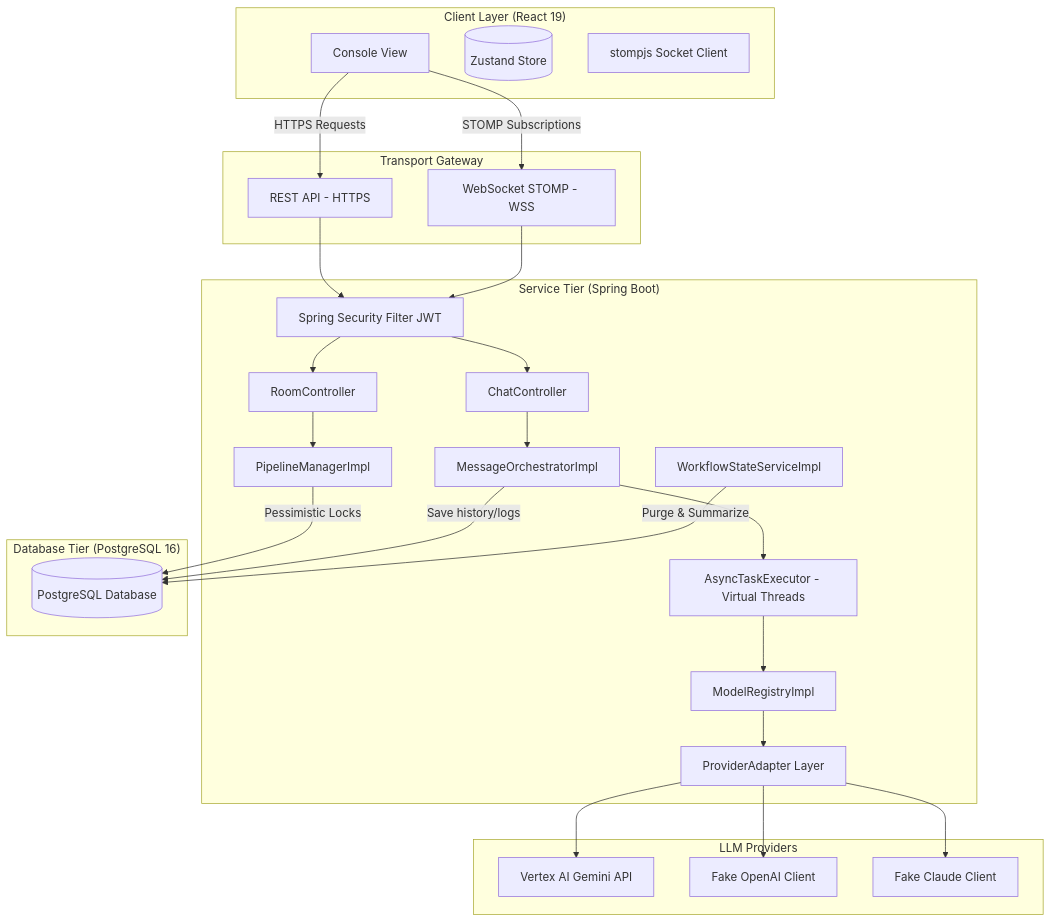
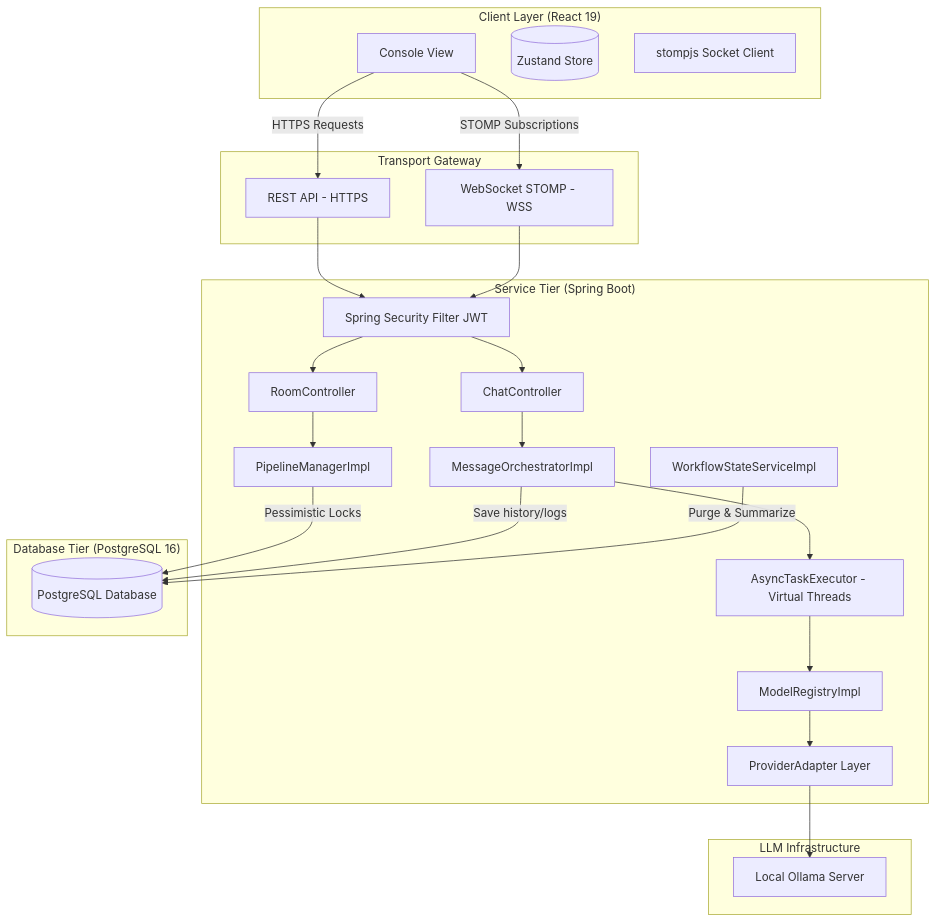
Before and after one commit to vaibhv19/Conclave: the diagram in Docs/System_Architecture.md, drawn with Mermaid. The commit also changed other lines of this file, not shown here.

Commit message:
docs: update system architecture topology for local Ollama

````diff
--- a/Docs/System_Architecture.md
+++ b/Docs/System_Architecture.md
@@ -11,64 +11,60 @@
 ```mermaid
 graph TB
     subgraph "Client Layer (React 19)"
         UI[Console View]
         Zustand[(Zustand Store)]
         StompJS[stompjs Socket Client]
     end
 
     subgraph "Transport Gateway"
         REST[REST API - HTTPS]
         WS[WebSocket STOMP - WSS]
     end
 
     subgraph "Service Tier (Spring Boot)"
         Security[Spring Security Filter JWT]
         RoomCtrl[RoomController]
         ChatCtrl[ChatController]
         
         Orch[MessageOrchestratorImpl]
         Pipeline[PipelineManagerImpl]
         Janitor[WorkflowStateServiceImpl]
         
         Registry[ModelRegistryImpl]
         Adapter[ProviderAdapter Layer]
         
         Executor[AsyncTaskExecutor - Virtual Threads]
     end
 
     subgraph "Database Tier (PostgreSQL 16)"
         DB[(PostgreSQL Database)]
     end
 
-    subgraph "LLM Providers"
-        Gemini[Vertex AI Gemini API]
-        MockOpenAI[Fake OpenAI Client]
-        MockClaude[Fake Claude Client]
+    subgraph "LLM Infrastructure"
+        Ollama[Local Ollama Server]
     end
 
     %% Network / Protocol connections
     UI -->|HTTPS Requests| REST
     UI -->|STOMP Subscriptions| WS
     REST --> Security
     WS --> Security
     
     Security --> RoomCtrl
     Security --> ChatCtrl
 
     RoomCtrl --> Pipeline
     ChatCtrl --> Orch
 
     Orch --> Executor
     Executor --> Registry
     Registry --> Adapter
 
     %% Database writes
     Pipeline -->|Pessimistic Locks| DB
     Orch -->|Save history/logs| DB
     Janitor -->|Purge & Summarize| DB
 
     %% API Integrations
-    Adapter --> Gemini
-    Adapter --> MockOpenAI
-    Adapter --> MockClaude
+    Adapter --> Ollama
 ```
````
